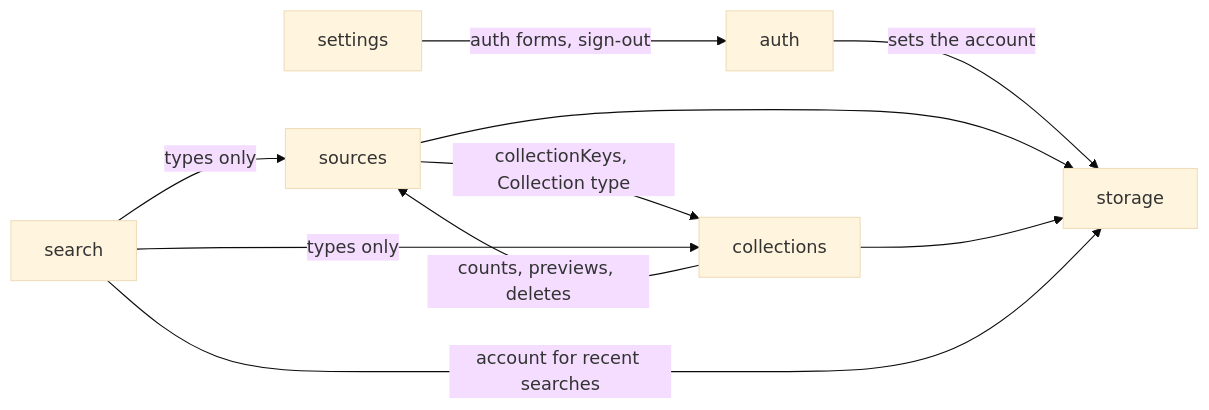
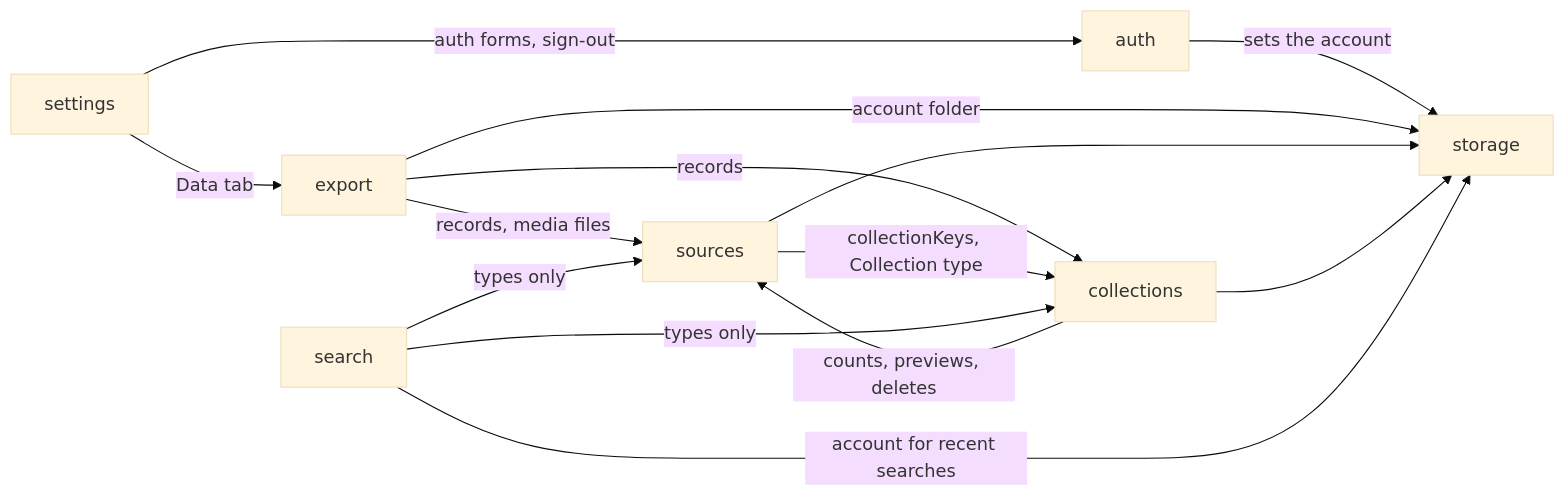
Before and after one commit to kun1225/mado: the diagram in apps/web/ARCHITECTURE.md, drawn with Mermaid (base theme). The commit also changed other lines of this file and 29 other files, not shown here.

First line of the commit message:
feat: export all sources as a zip from settings

````diff
--- a/apps/web/ARCHITECTURE.md
+++ b/apps/web/ARCHITECTURE.md
@@ -25,12 +25,16 @@
 ```mermaid
 graph LR
   auth -->|sets the account| storage
   settings -->|auth forms, sign-out| auth
+  settings -->|Data tab| export
+  export -->|records, media files| sources
+  export -->|records| collections
+  export -->|account folder| storage
   sources --> storage
   collections --> storage
   sources -->|collectionKeys, Collection type| collections
   collections -->|counts, previews, deletes| sources
   search -->|types only| collections
   search -->|types only| sources
   search -->|account for recent searches| storage
 ```
````
